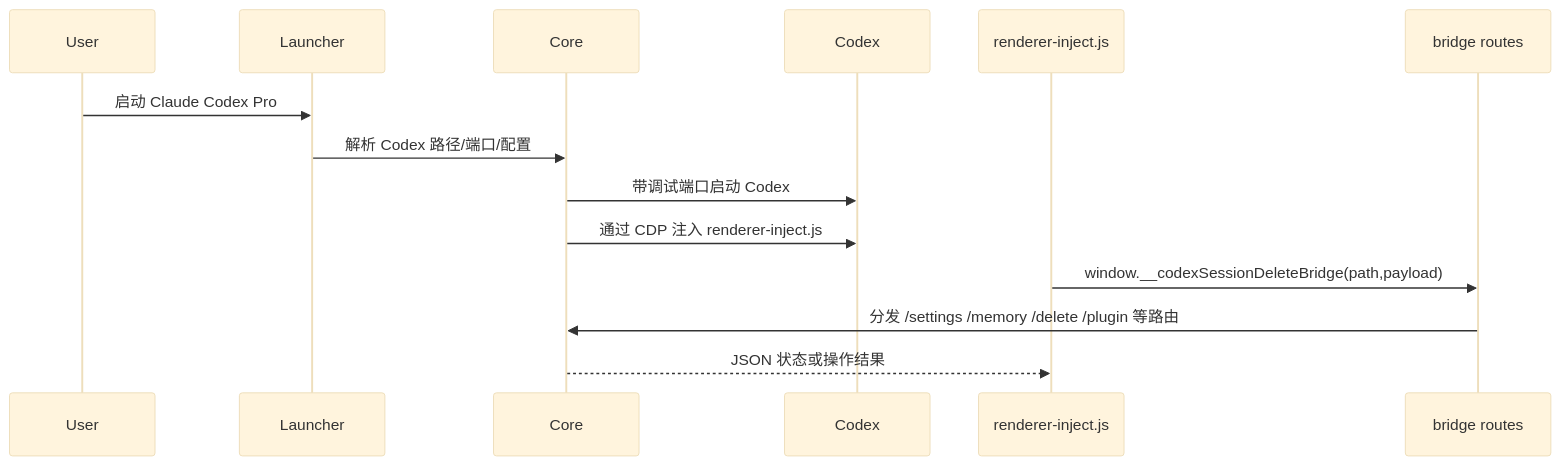
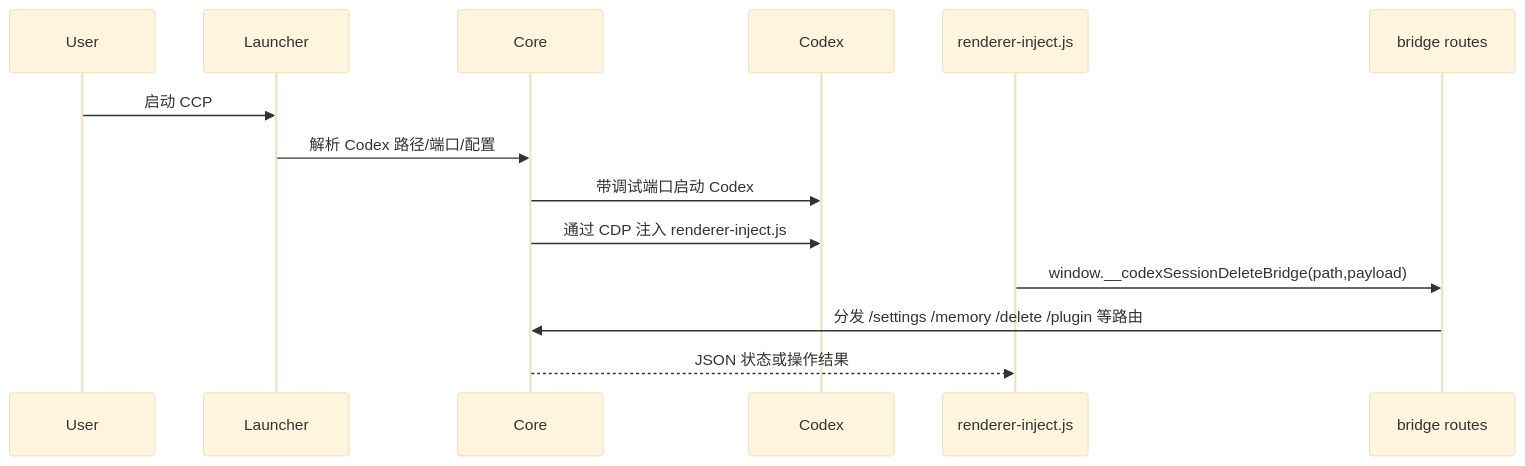
One commit to DamonZS/Claude-Codex-Pro-Tool changed the second of 5 diagrams in docs/code-knowledge-graph.md. Above: the diagram before and after it, drawn with Mermaid (base theme). The commit also changed other lines of this file and 8 other files, not shown here.

First line of the commit message:
docs: 品牌统一为 CCP（Claude-Codex-Pro-Tool），README 重做首屏

````diff
--- a/docs/code-knowledge-graph.md
+++ b/docs/code-knowledge-graph.md
@@ -56,17 +56,17 @@
 ```mermaid
 sequenceDiagram
   participant User
   participant Launcher
   participant Core
   participant Codex
   participant Inject as renderer-inject.js
   participant Bridge as bridge routes
 
-  User->>Launcher: 启动 Claude Codex Pro
+  User->>Launcher: 启动 CCP
   Launcher->>Core: 解析 Codex 路径/端口/配置
   Core->>Codex: 带调试端口启动 Codex
   Core->>Codex: 通过 CDP 注入 renderer-inject.js
   Inject->>Bridge: window.__codexSessionDeleteBridge(path,payload)
   Bridge->>Core: 分发 /settings /memory /delete /plugin 等路由
   Core-->>Inject: JSON 状态或操作结果
 ```
````
